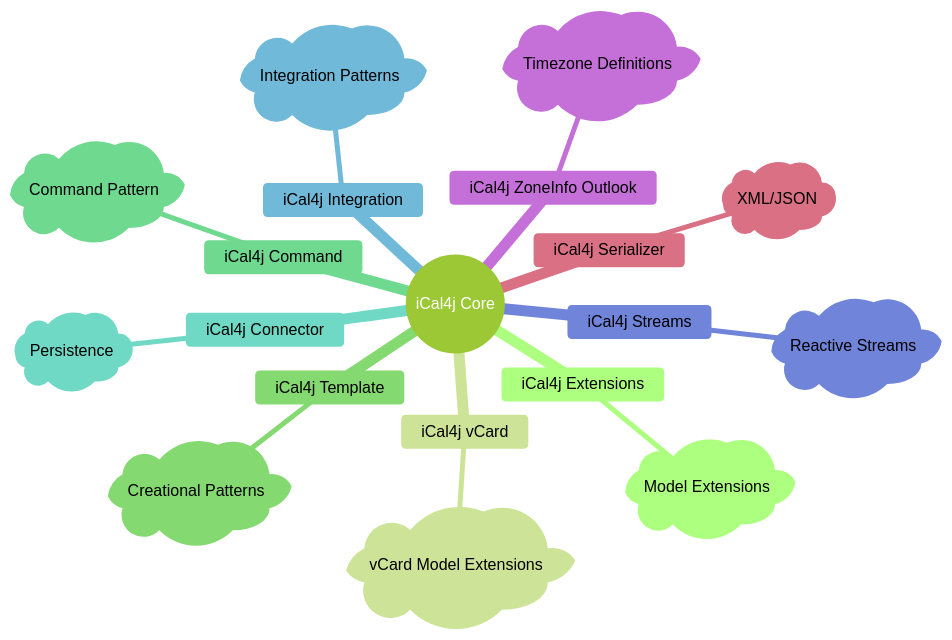
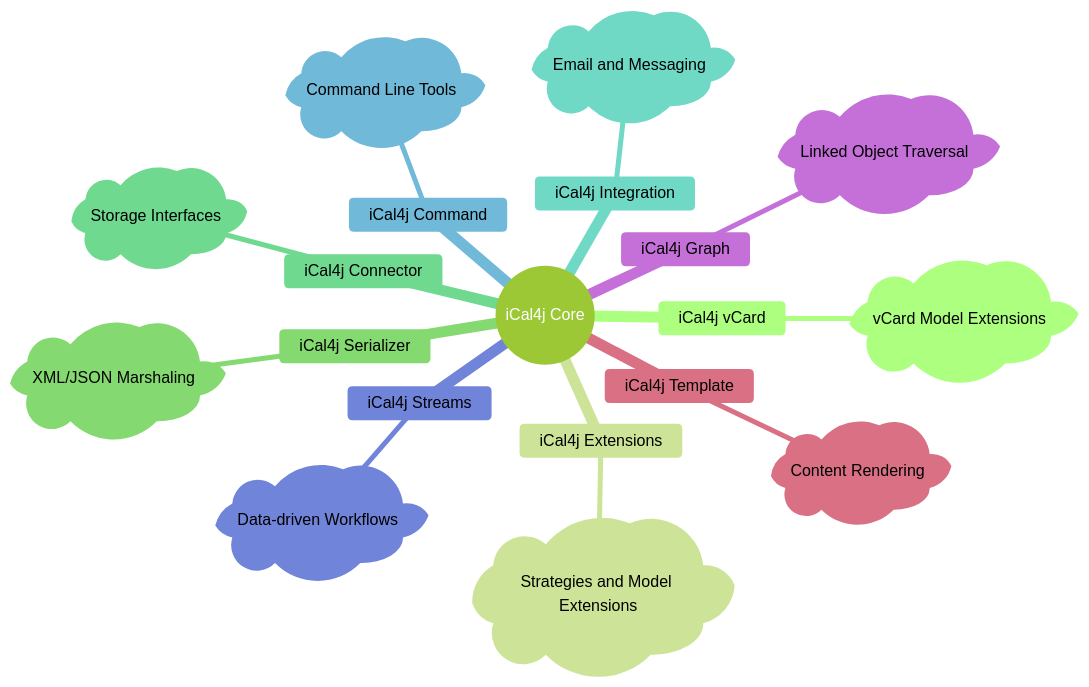
One commit to ical4j/ical4j-user-guide changed the diagram in docs/images/overview.mmd. Above: the diagram before and after it, drawn with Mermaid (forest theme). The commit also changed 1 other file, not shown here.

```diff
--- a/docs/images/overview.mmd
+++ b/docs/images/overview.mmd
@@ -1,20 +1,20 @@
 mindmap
   root((iCal4j Core))
-    iCal4j Extensions
-        p)Model Extensions(
     iCal4j vCard
         p)vCard Model Extensions(
+    iCal4j Extensions
+        p)Strategies and Model Extensions(
+    iCal4j Serializer
+        p)XML/JSON Marshaling(
+    iCal4j Connector
+        p)Storage Interfaces(
+    iCal4j Integration
+        p)Email and Messaging(
+    iCal4j Command
+        p)Command Line Tools(
+    iCal4j Streams
+        p)Data-driven Workflows(
+    iCal4j Graph
+        p)Linked Object Traversal(
     iCal4j Template
-        p)Creational Patterns(
-    iCal4j Command
-        p)Command Pattern(
-    iCal4j Connector
-        p)Persistence(
-    iCal4j Integration
-        p)Integration Patterns(
-    iCal4j Streams
-        p)Reactive Streams(
-    iCal4j ZoneInfo Outlook
-        p)Timezone Definitions(
-    iCal4j Serializer
-        p)XML/JSON(
+        p)Content Rendering(
```
